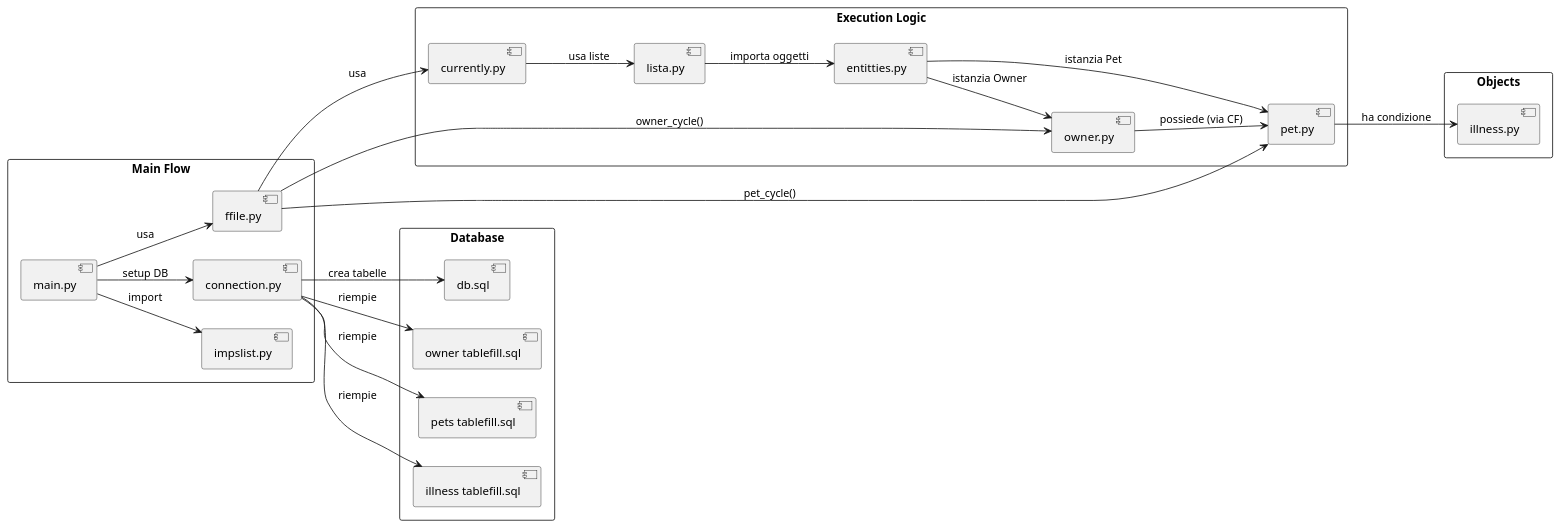
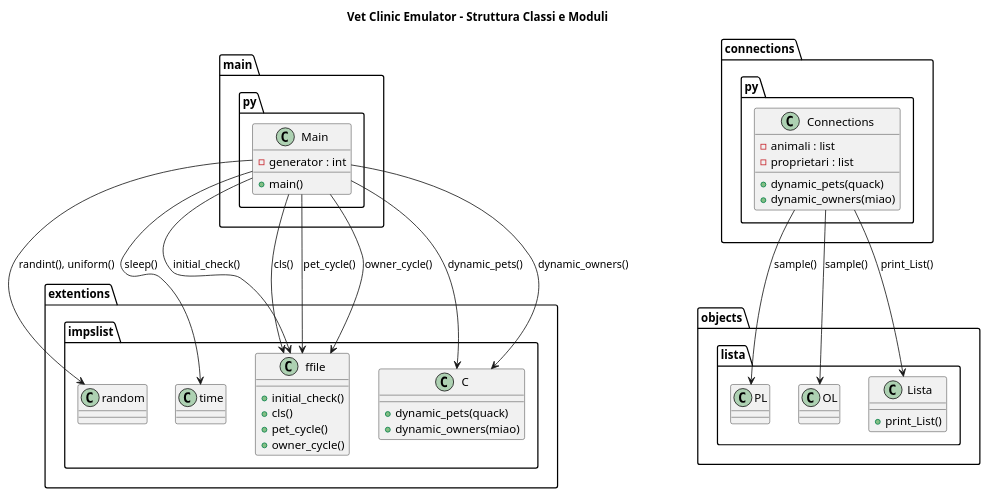
The diagram in scheme.puml (MomoMyosotis/Vet_Clinic), drawn with PlantUML before and after one commit.

```diff
--- a/scheme.puml
+++ b/scheme.puml
@@ -1,35 +1,55 @@
-@startuml Vet_Clinic_Flow
+@startuml
+title Vet Clinic Emulator - Struttura Classi e Moduli
 
-left to right direction
-skinparam packageStyle rectangle
-
-package "Main Flow" {
-    [main.py] --> [impslist.py] : import
-    [main.py] --> [ffile.py] : usa
-    [main.py] --> [connection.py] : setup DB
+package "extentions.impslist" {
+  class random
+  class time
+  class ffile {
+    +initial_check()
+    +cls()
+    +pet_cycle()
+    +owner_cycle()
+  }
+  class C {
+    +dynamic_pets(quack)
+    +dynamic_owners(miao)
+  }
 }
 
-package "Execution Logic" {
-    [ffile.py] --> [currently.py] : usa
-    [currently.py] --> [lista.py] : usa liste
-    [lista.py] --> [entitties.py] : importa oggetti
-    [entitties.py] --> [owner.py] : istanzia Owner
-    [entitties.py] --> [pet.py] : istanzia Pet
+package "objects.lista" {
+  class PL
+  class OL
+  class Lista {
+    +print_List()
+  }
 }
 
-[ffile.py] --> [pet.py] : pet_cycle()
-[ffile.py] --> [owner.py] : owner_cycle()
+package "connections.py" {
+  class Connections {
+    - animali : list
+    - proprietari : list
+    + dynamic_pets(quack)
+    + dynamic_owners(miao)
+  }
 
-package "Objects" {
-    [owner.py] --> [pet.py] : possiede (via CF)
-    [pet.py] --> [illness.py] : ha condizione
+  Connections --> PL : sample()
+  Connections --> OL : sample()
+  Connections --> Lista : print_List()
 }
 
-package "Database" {
-    [connection.py] --> [db.sql] : crea tabelle
-    [connection.py] --> [owner tablefill.sql] : riempie
-    [connection.py] --> [pets tablefill.sql] : riempie
-    [connection.py] --> [illness tablefill.sql] : riempie
+package "main.py" {
+  class Main {
+    +main()
+    - generator : int
+  }
+
+  Main --> ffile : initial_check()
+  Main --> ffile : cls()
+  Main --> C : dynamic_pets()
+  Main --> C : dynamic_owners()
+  Main --> ffile : pet_cycle()
+  Main --> ffile : owner_cycle()
+  Main --> random : randint(), uniform()
+  Main --> time : sleep()
 }
-
 @enduml
```
